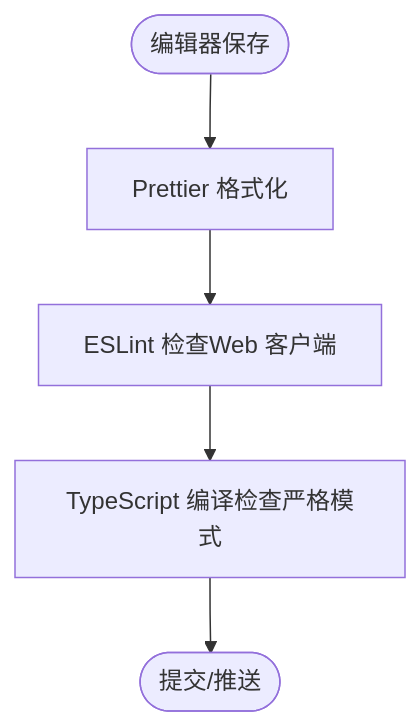
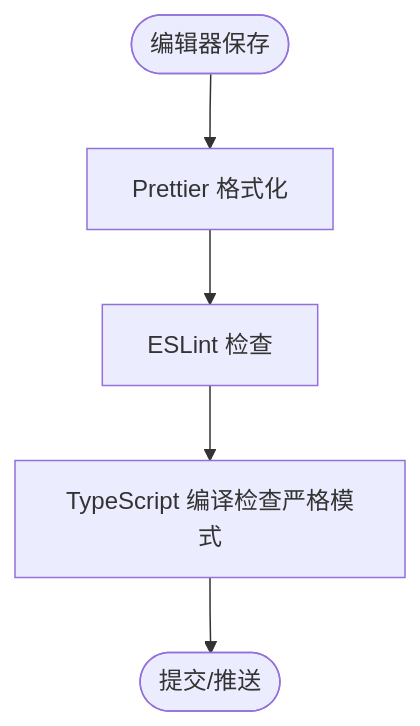
The fifth of 15 diagrams in .qoder/repowiki/zh/content/开发指南/开发指南.md (NarcisWL/Nexara), drawn with Mermaid before and after one commit. The commit also changed other lines of this file and 19 other files, not shown here.

````diff
--- a/.qoder/repowiki/zh/content/开发指南/开发指南.md
+++ b/.qoder/repowiki/zh/content/开发指南/开发指南.md
@@ -310,7 +372,7 @@
 ```mermaid
 flowchart TD
 Init(["编辑器保存"]) --> Prettier["Prettier 格式化"]
-Prettier --> ESLint["ESLint 检查Web 客户端"]
+Prettier --> ESLint["ESLint 检查"]
 ESLint --> TS["TypeScript 编译检查严格模式"]
 TS --> Done(["提交/推送"])
 ```
````
